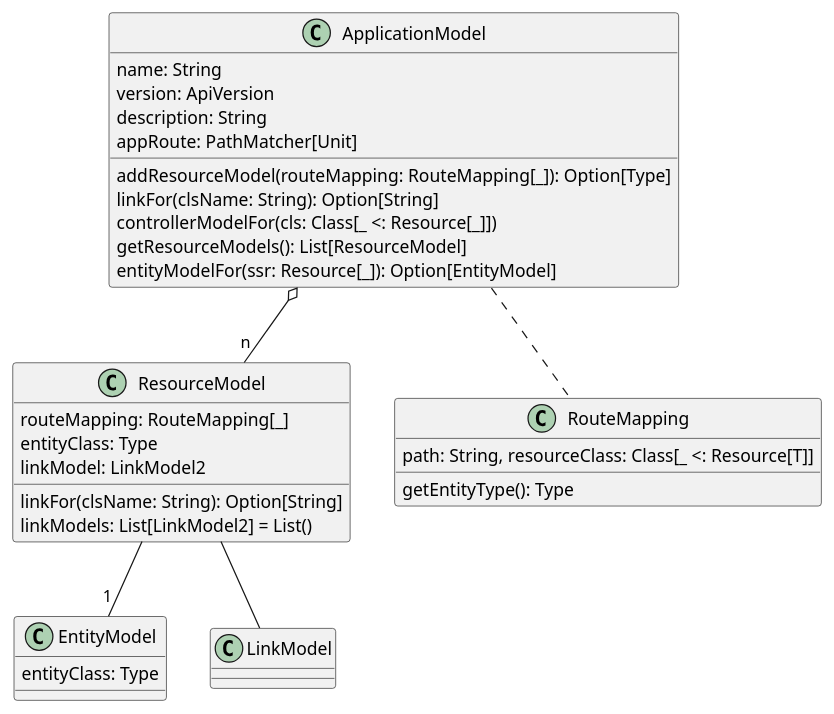
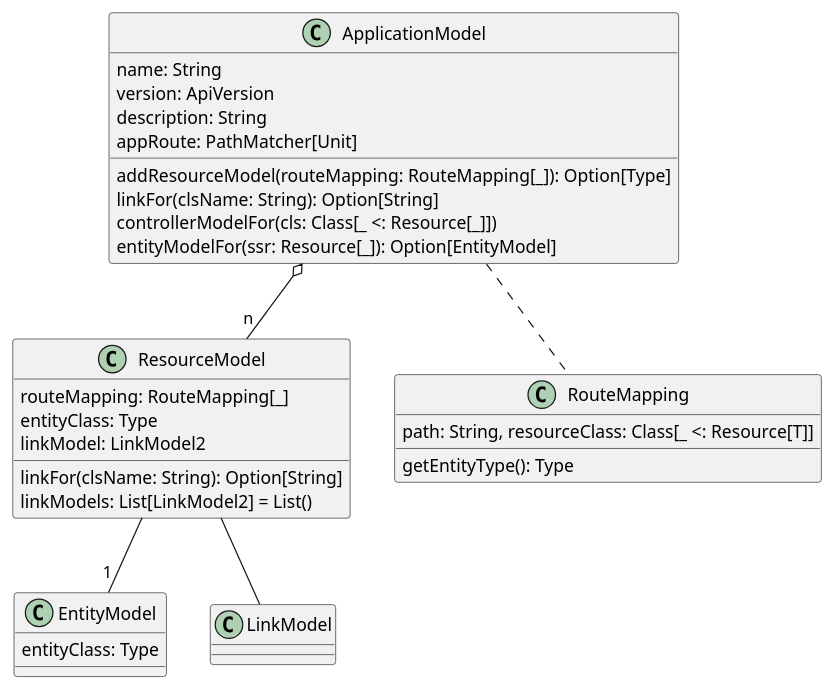
One commit to evandor/skysail-core changed the diagram in skysail.core/src/io/skysail/core/model/model.puml. Above: the diagram before and after it, drawn with PlantUML. The commit also changed 3 other files, not shown here.

```diff
--- a/skysail.core/src/io/skysail/core/model/model.puml
+++ b/skysail.core/src/io/skysail/core/model/model.puml
@@ -1,41 +1,40 @@
 @startuml
 
 class ApplicationModel {
   name: String
   version: ApiVersion
   description: String
   appRoute: PathMatcher[Unit]
   addResourceModel(routeMapping: RouteMapping[_]): Option[Type]
   linkFor(clsName: String): Option[String]
   controllerModelFor(cls: Class[_ <: Resource[_]])
-  getResourceModels(): List[ResourceModel]
   entityModelFor(ssr: Resource[_]): Option[EntityModel]
 }
 
 class ResourceModel {
   routeMapping: RouteMapping[_]
   entityClass: Type
   linkModel: LinkModel2
   linkFor(clsName: String): Option[String]
   linkModels: List[LinkModel2] = List()
 }
 
 class EntityModel {
     entityClass: Type
 }
 
 class LinkModel {
 }
 
 class RouteMapping {
   path: String, resourceClass: Class[_ <: Resource[T]]
   getEntityType(): Type
 }
 
 ApplicationModel o-- "n" ResourceModel
 ApplicationModel .. RouteMapping
 ResourceModel -- LinkModel
 ResourceModel -- "1" EntityModel
 
 
 @enduml
```
